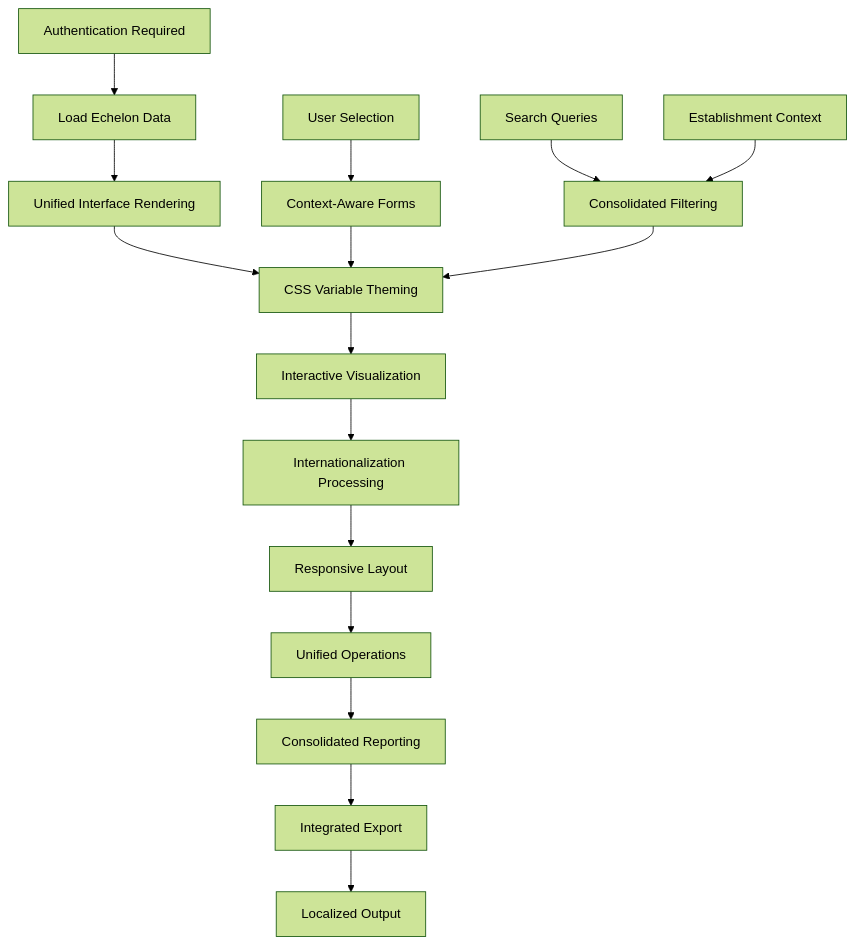
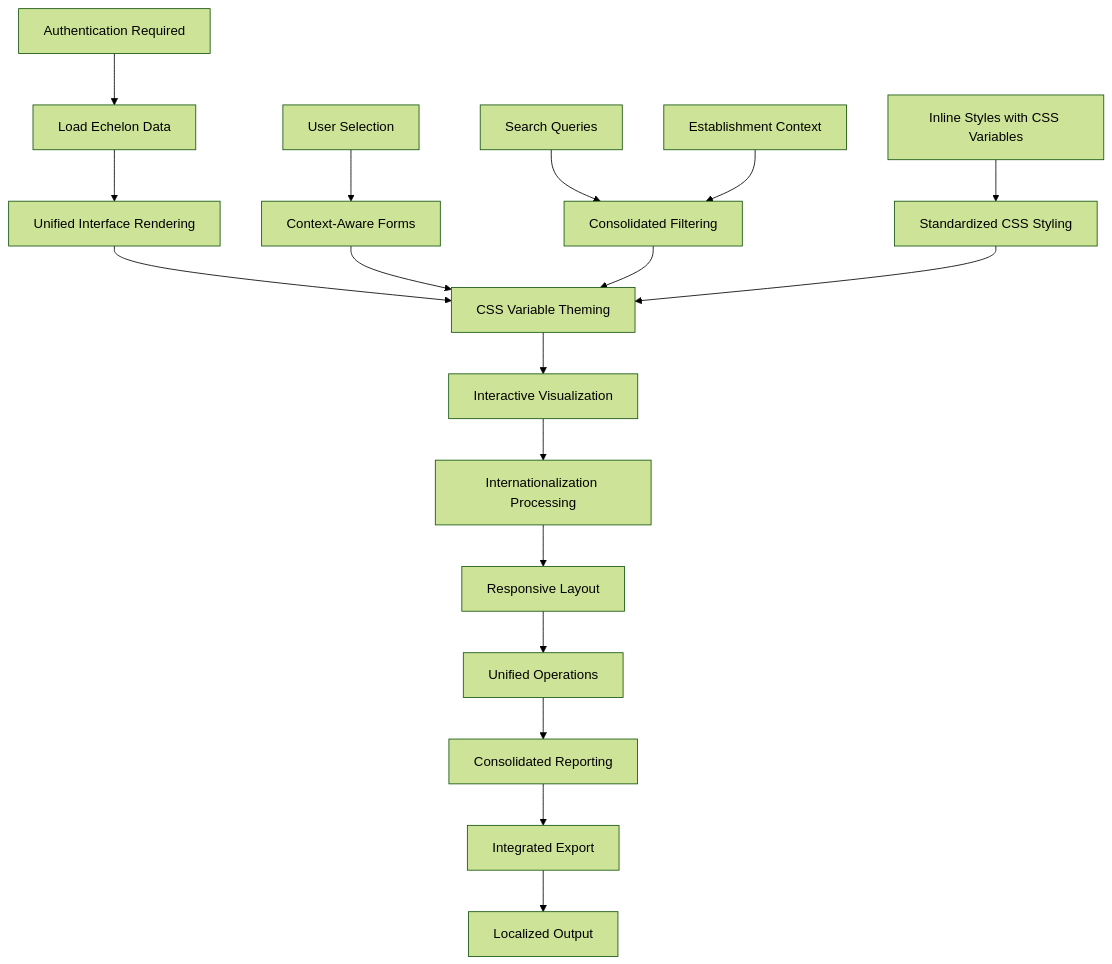
The sixth of 10 diagrams in .qoder/repowiki/en/content/Human Resources Management/Personnel Administration/Organizational Structure.md (franckylab/eLISAschool), drawn with Mermaid (forest theme) before and after one commit. The commit also changed other lines of this file and 270 other files, not shown here.

First line of the commit message:
style(organisation): standardiser le style CSS avec variables dans les composants organigramme

````diff
--- a/.qoder/repowiki/en/content/Human Resources Management/Personnel Administration/Organizational Structure.md
+++ b/.qoder/repowiki/en/content/Human Resources Management/Personnel Administration/Organizational Structure.md
@@ -335,18 +344,20 @@
 ```mermaid
 flowchart TD
 A["Load Echelon Data"] --> B["Unified Interface Rendering"]
 C["User Selection"] --> D["Context-Aware Forms"]
 E["Search Queries"] --> F["Consolidated Filtering"]
 B --> G["CSS Variable Theming"]
 D --> G
 F --> G
 G --> H["Interactive Visualization"]
 H --> I["Internationalization Processing"]
 I --> J["Responsive Layout"]
 J --> K["Unified Operations"]
 K --> L["Consolidated Reporting"]
 L --> M["Integrated Export"]
 M --> N["Localized Output"]
 O["Authentication Required"] --> A
 P["Establishment Context"] --> F
+Q["Standardized CSS Styling"] --> G
+R["Inline Styles with CSS Variables"] --> Q
 ```
````
